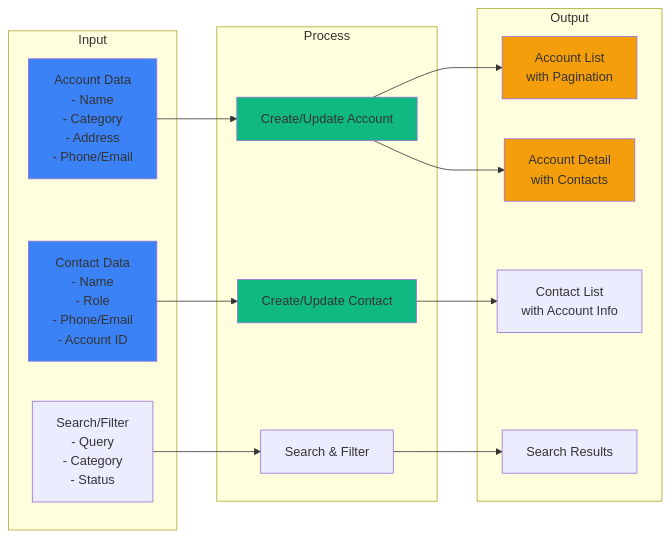
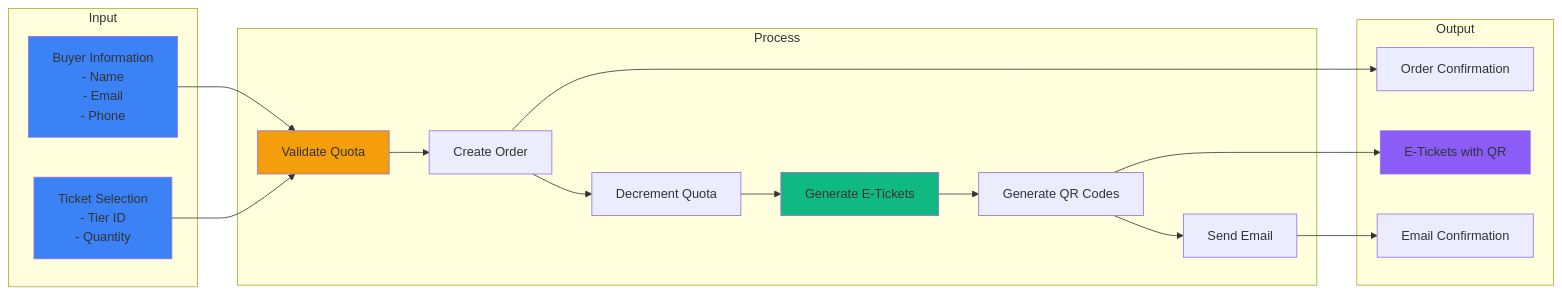
Before and after one commit to Gilabs-Studio/webapp-ticket-konser: the seventh of 13 diagrams in docs/PROJECT_DIAGRAMS.md, drawn with Mermaid. The commit also changed other lines of this file and 8 other files, not shown here.

````diff
--- a/docs/PROJECT_DIAGRAMS.md
+++ b/docs/PROJECT_DIAGRAMS.md
@@ -359,37 +298,39 @@
 ```mermaid
 graph LR
     subgraph "Input"
-        I1[Account Data<br/>- Name<br/>- Category<br/>- Address<br/>- Phone/Email]
-        I2[Contact Data<br/>- Name<br/>- Role<br/>- Phone/Email<br/>- Account ID]
-        I3[Search/Filter<br/>- Query<br/>- Category<br/>- Status]
+        I1[Buyer Information<br/>- Name<br/>- Email<br/>- Phone]
+        I2[Ticket Selection<br/>- Tier ID<br/>- Quantity]
     end
     
     subgraph "Process"
-        P1[Create/Update Account]
-        P2[Create/Update Contact]
-        P3[Search & Filter]
+        P1[Validate Quota]
+        P2[Create Order]
+        P3[Decrement Quota]
+        P4[Generate E-Tickets]
+        P5[Generate QR Codes]
+        P6[Send Email]
     end
     
     subgraph "Output"
-        O1[Account List<br/>with Pagination]
-        O2[Account Detail<br/>with Contacts]
-        O3[Contact List<br/>with Account Info]
-        O4[Search Results]
+        O1[Order Confirmation]
+        O2[E-Tickets with QR]
+        O3[Email Confirmation]
     end
     
     I1 --> P1
-    I2 --> P2
-    I3 --> P3
-    
-    P1 --> O1
-    P1 --> O2
-    P2 --> O3
-    P3 --> O4
+    I2 --> P1
+    P1 --> P2
+    P2 --> P3
+    P3 --> P4
+    P4 --> P5
+    P5 --> P6
+    P2 --> O1
+    P5 --> O2
+    P6 --> O3
     
     style I1 fill:#3b82f6
     style I2 fill:#3b82f6
-    style P1 fill:#10b981
-    style P2 fill:#10b981
-    style O1 fill:#f59e0b
-    style O2 fill:#f59e0b
+    style P1 fill:#f59e0b
+    style P4 fill:#10b981
+    style O2 fill:#8b5cf6
 ```
````
